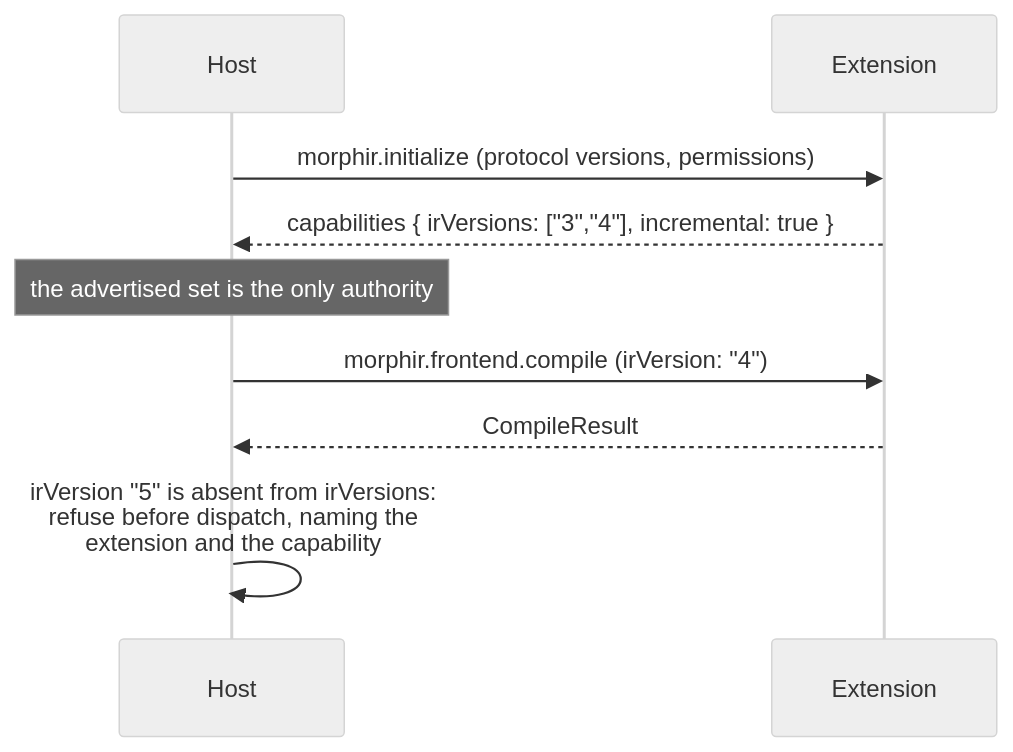
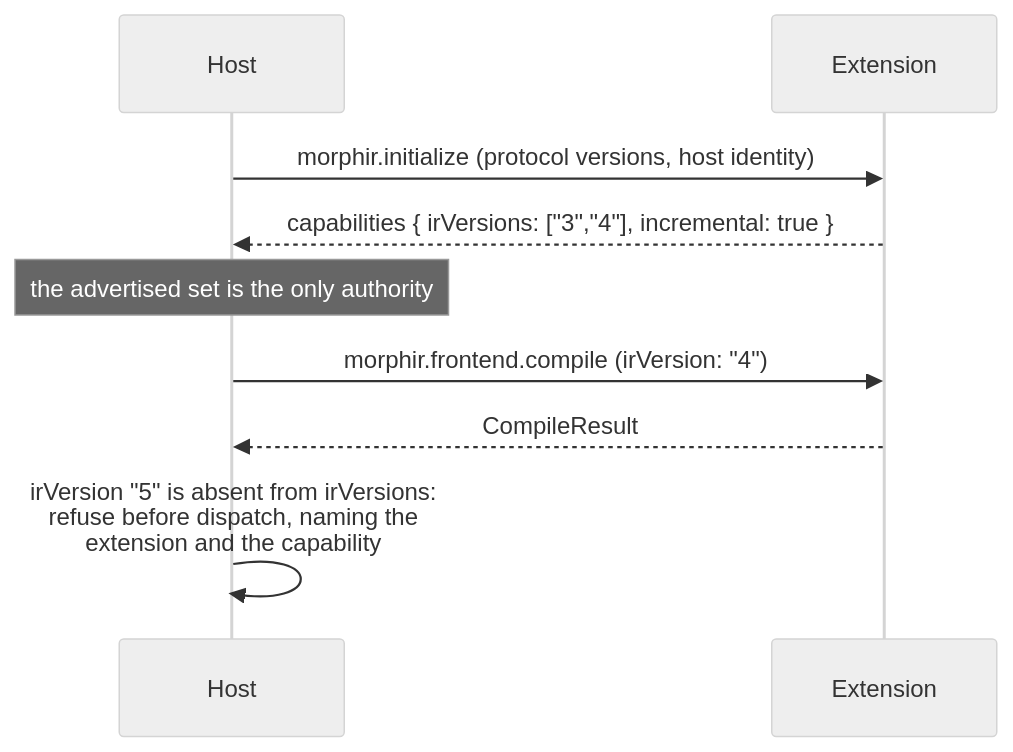
One commit to finos/morphir changed the diagram in docs/design/draft/extensions/protocol.md. Above: the diagram before and after it, drawn with Mermaid (neutral theme). The commit also changed other lines of this file and 4 other files, not shown here.

````diff
--- a/docs/design/draft/extensions/protocol.md
+++ b/docs/design/draft/extensions/protocol.md
@@ -227,11 +221,11 @@
 ```mermaid
 sequenceDiagram
     participant H as Host
     participant E as Extension
-    H->>E: morphir.initialize (protocol versions, permissions)
+    H->>E: morphir.initialize (protocol versions, host identity)
     E-->>H: capabilities { irVersions: ["3","4"], incremental: true }
     Note over H: the advertised set is the only authority
     H->>E: morphir.frontend.compile (irVersion: "4")
     E-->>H: CompileResult
     H->>H: irVersion "5" is absent from irVersions:<br/>refuse before dispatch, naming the<br/>extension and the capability
 ```
````
